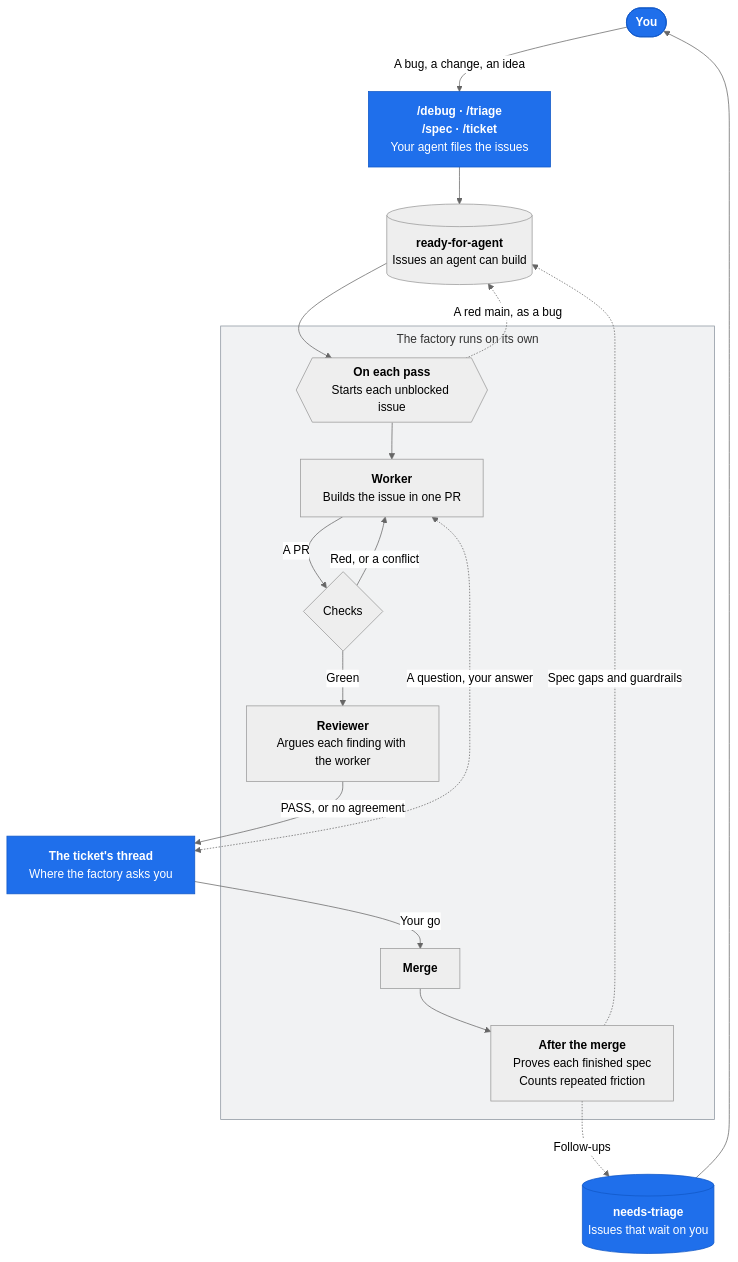
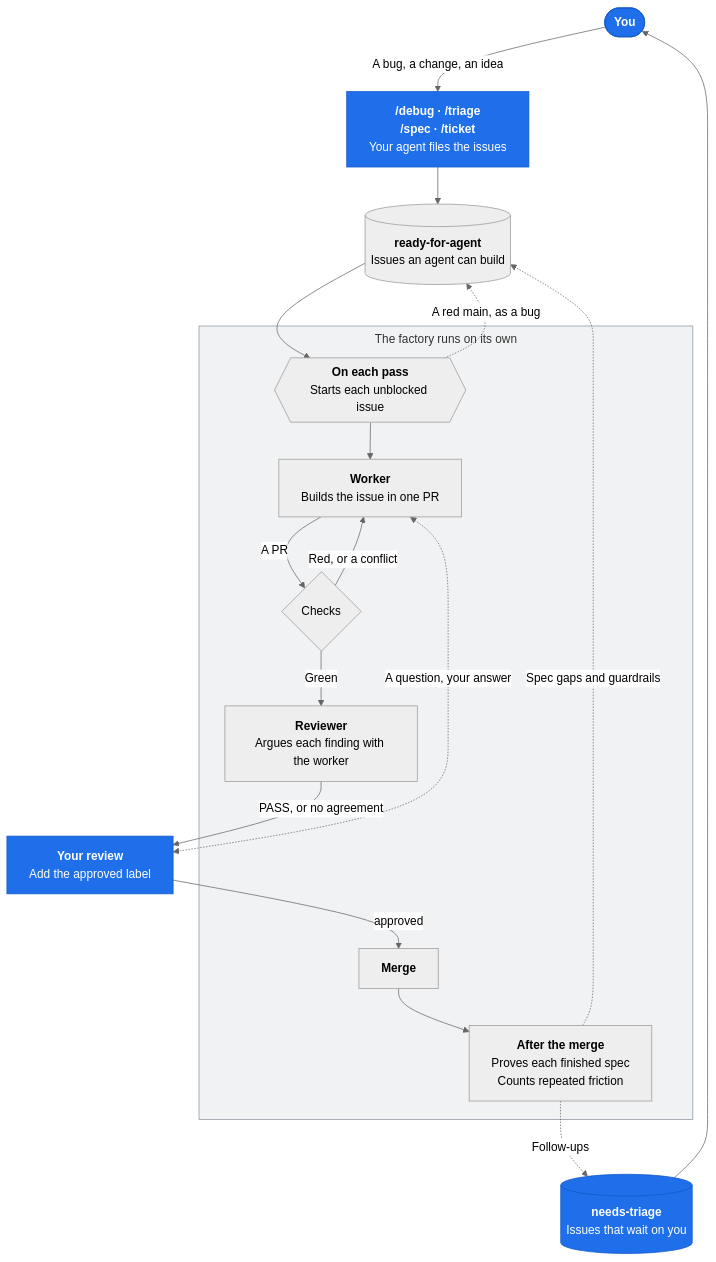
Before and after one commit to dante-sparras/skills: the diagram in README.md, drawn with Mermaid (neutral theme). The commit also changed other lines of this file and 8 other files, not shown here.

First line of the commit message:
feat(factory): merge on the user's review, and ask nothing about a merge (#58)

````diff
--- a/README.md
+++ b/README.md
@@ -17,37 +17,37 @@
 ```mermaid
 %%{init: {"flowchart": {"subGraphTitleMargin": {"top": 6, "bottom": 12}}}}%%
 flowchart TD
     you(["<b>You</b>"]):::you
     intake["<b>/debug · /triage</b><br/><b>/spec · /ticket</b><br/>Your agent files the issues"]:::you
     ready[("<b>ready-for-agent</b><br/>Issues an agent can build")]
-    ask["<b>The ticket's thread</b><br/>Where the factory asks you"]:::you
+    ask["<b>Your review</b><br/>Add the approved label"]:::you
     triage[("<b>needs-triage</b><br/>Issues that wait on you")]:::you
 
     subgraph factory["The factory runs on its own"]
         start{{"<b>On each pass</b><br/>Starts each unblocked issue"}}
         worker["<b>Worker</b><br/>Builds the issue in one PR"]
         checks{"Checks"}
         review["<b>Reviewer</b><br/>Argues each finding with the worker"]
         merge["<b>Merge</b>"]
         learn["<b>After the merge</b><br/>Proves each finished spec<br/>Counts repeated friction"]
     end
 
     you -- "A bug, a change, an idea" --> intake
     intake --> ready
     ready --> start
     start --> worker
     worker -- "A PR" --> checks
     checks -- "Red, or a conflict" --> worker
     checks -- "Green" --> review
     review -- "PASS, or no agreement" --> ask
     worker <-. "A question, your answer" .-> ask
-    ask -- "Your go" --> merge
+    ask -- "approved" --> merge
     merge --> learn
     start -. "A red main, as a bug" .-> ready
     learn -. "Spec gaps and guardrails" .-> ready
     learn -. "Follow-ups" .-> triage
     triage --> you
 
     classDef you fill:#1f6feb,stroke:#1158c7,color:#ffffff
     style factory fill:#8b949e1f,stroke:#8b949e
 ```
````
